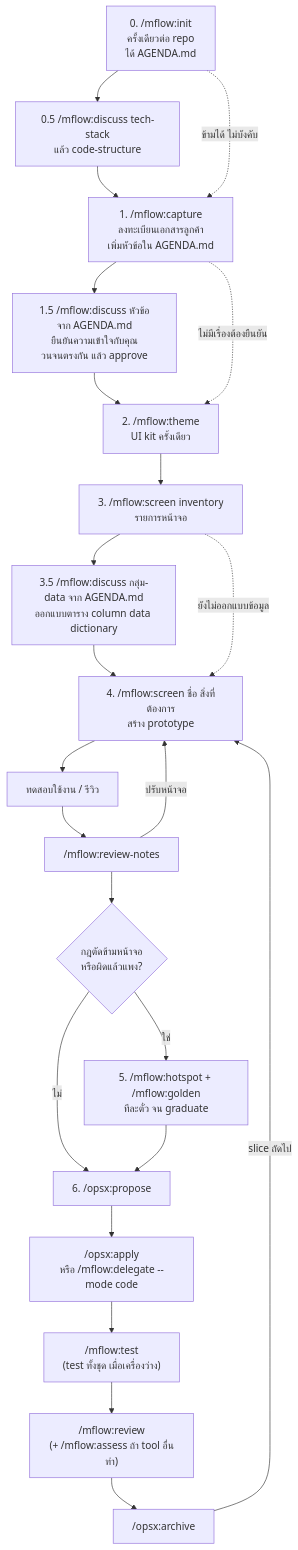
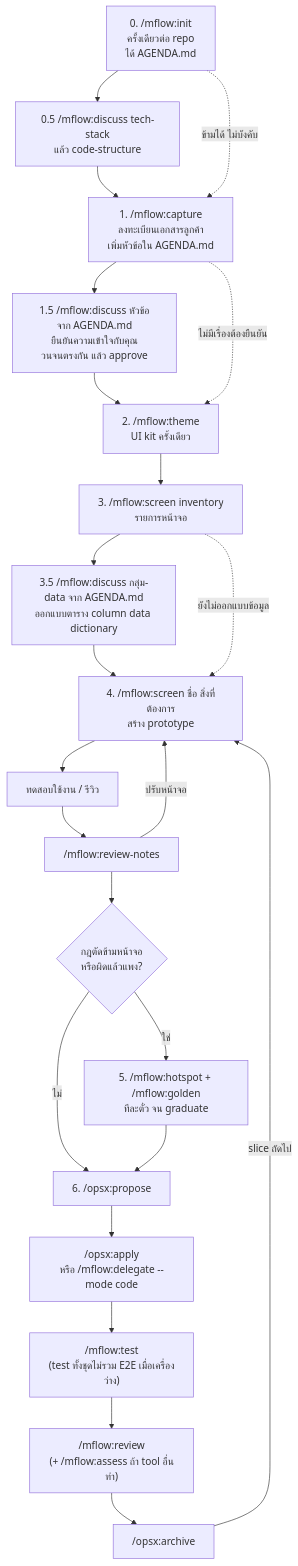
One commit to mounchons/mflow-marketplace changed the diagram in docs/manual.md. Above: the diagram before and after it, drawn with Mermaid. The commit also changed other lines of this file and 15 other files, not shown here.

````diff
--- a/docs/manual.md
+++ b/docs/manual.md
@@ -28,25 +28,25 @@
 ```mermaid
 flowchart TD
     S0["0. /mflow:init<br/>ครั้งเดียวต่อ repo<br/>ได้ AGENDA.md"] --> TS["0.5 /mflow:discuss tech-stack<br/>แล้ว code-structure"]
     TS --> S1["1. /mflow:capture<br/>ลงทะเบียนเอกสารลูกค้า<br/>เพิ่มหัวข้อใน AGENDA.md"]
     S0 -.->|ข้ามได้ ไม่บังคับ| S1
     S1 --> D["1.5 /mflow:discuss หัวข้อจาก AGENDA.md<br/>ยืนยันความเข้าใจกับคุณ<br/>วนจนตรงกัน แล้ว approve"]
     D --> S2["2. /mflow:theme<br/>UI kit ครั้งเดียว"]
     S1 -.->|ไม่มีเรื่องต้องยืนยัน| S2
     S2 --> S3["3. /mflow:screen inventory<br/>รายการหน้าจอ"]
     S3 --> DM["3.5 /mflow:discuss กลุ่ม-data จาก AGENDA.md<br/>ออกแบบตาราง column data dictionary"]
     DM --> S4["4. /mflow:screen ชื่อ สิ่งที่ต้องการ<br/>สร้าง prototype"]
     S3 -.->|ยังไม่ออกแบบข้อมูล| S4
     S4 --> R["ทดสอบใช้งาน / รีวิว"]
     R --> RN["/mflow:review-notes"]
     RN -->|ปรับหน้าจอ| S4
     RN --> Q{"กฎตัดข้ามหน้าจอ<br/>หรือผิดแล้วแพง?"}
     Q -->|ใช่| H["5. /mflow:hotspot + /mflow:golden<br/>ทีละตั๋ว จน graduate"]
     Q -->|ไม่| P
     H --> P["6. /opsx:propose"]
     P --> A["/opsx:apply<br/>หรือ /mflow:delegate --mode code"]
-    A --> T["/mflow:test<br/>(test ทั้งชุด เมื่อเครื่องว่าง)"]
+    A --> T["/mflow:test<br/>(test ทั้งชุดไม่รวม E2E เมื่อเครื่องว่าง)"]
     T --> V["/mflow:review<br/>(+ /mflow:assess ถ้า tool อื่นทำ)"]
     V --> AR["/opsx:archive"]
     AR -->|slice ถัดไป| S4
 ```
````
